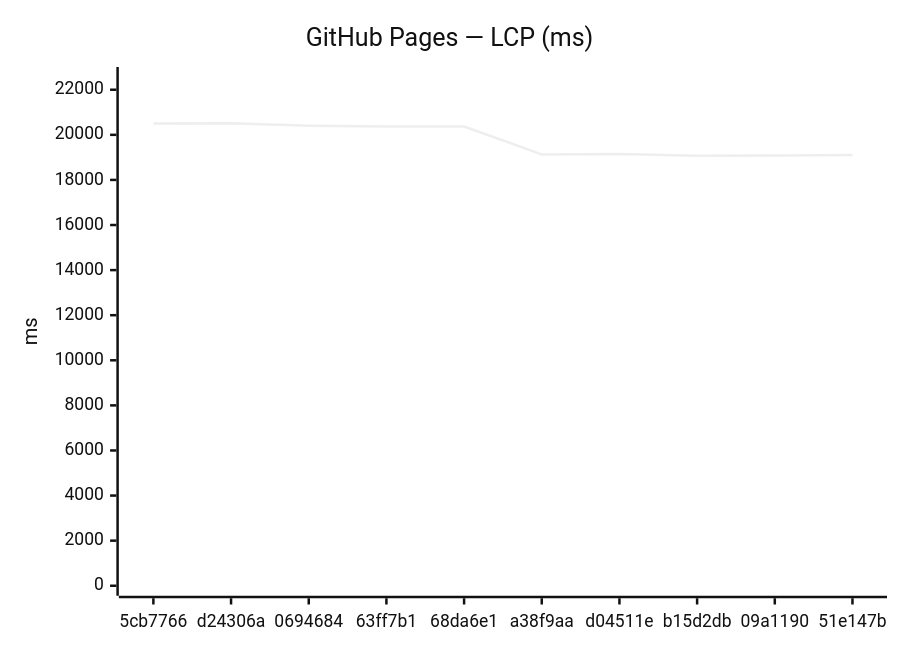
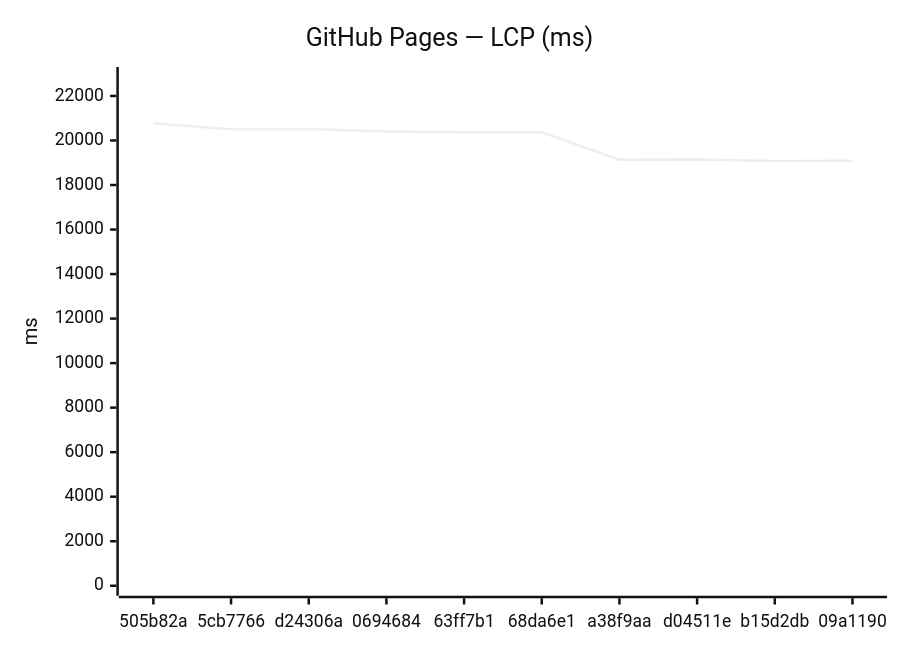
The third of 18 diagrams in benchmarks/compare.md (Metaheurist/Rianell), drawn with Mermaid (neutral theme) before and after one commit. The commit also changed other lines of this file and 11 other files, not shown here.

````diff
--- a/benchmarks/compare.md
+++ b/benchmarks/compare.md
@@ -54,7 +54,7 @@
 ```mermaid
 xychart-beta
     title "GitHub Pages — LCP (ms)"
-    x-axis ["5cb7766", "d24306a", "0694684", "63ff7b1", "68da6e1", "a38f9aa", "d04511e", "b15d2db", "09a1190", "51e147b"]
-    y-axis "ms" 0 --> 22565
-    line [20501, 20513, 20406, 20374, 20366, 19133, 19145, 19077, 19086, 19101]
+    x-axis ["505b82a", "5cb7766", "d24306a", "0694684", "63ff7b1", "68da6e1", "a38f9aa", "d04511e", "b15d2db", "09a1190"]
+    y-axis "ms" 0 --> 22851
+    line [20773, 20501, 20513, 20406, 20374, 20366, 19133, 19145, 19077, 19086]
 ```
````
